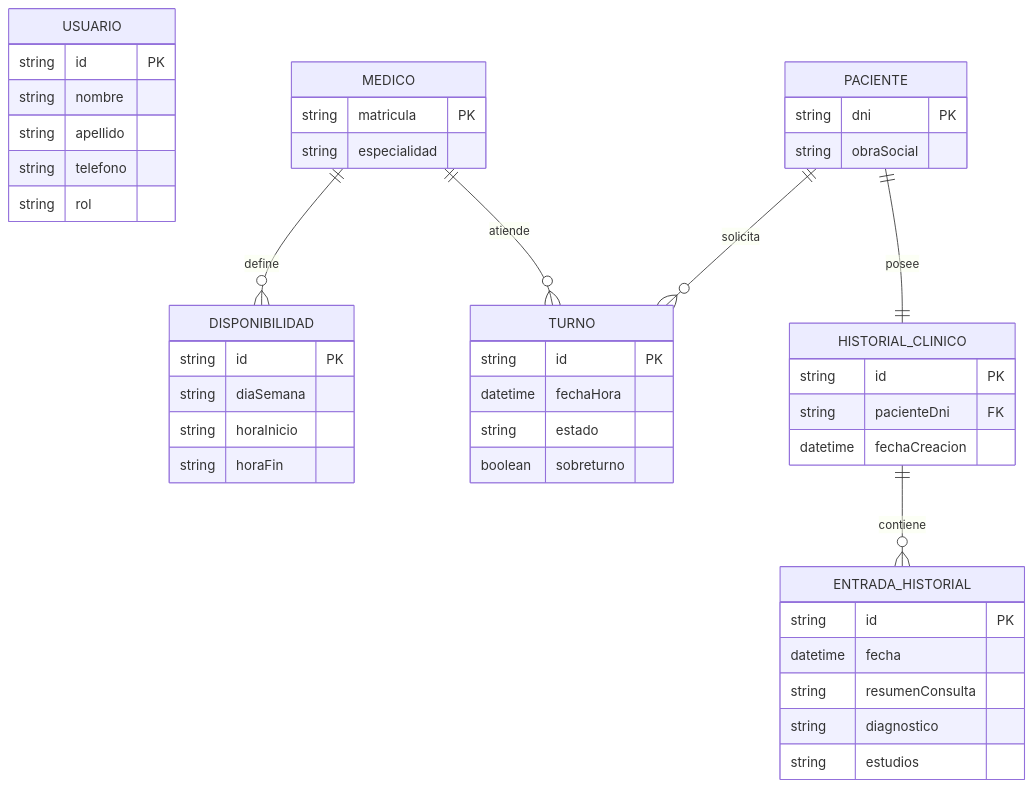
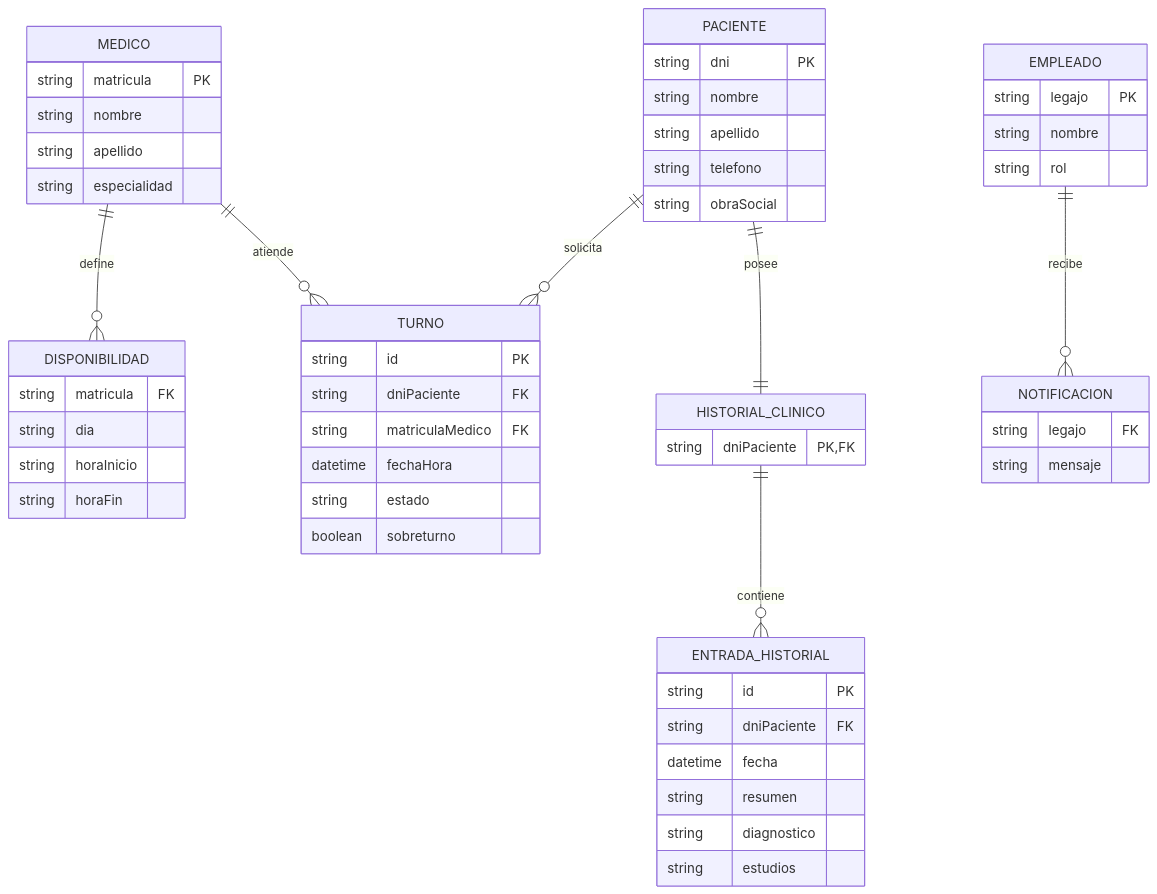
Before and after one commit to Camila-Ianni/HealthHub: the diagram in diagrams/entidad-relacion.mmd, drawn with Mermaid. The commit also changed 47 other files, not shown here.

```diff
--- a/diagrams/entidad-relacion.mmd
+++ b/diagrams/entidad-relacion.mmd
@@ -1,52 +1,63 @@
 erDiagram
-    USUARIO {
-        string id PK
+    %% Base de datos H2 embebida
+    EMPLEADO {
+        string legajo PK
         string nombre
-        string apellido
-        string telefono
         string rol
     }
 
     PACIENTE {
         string dni PK
+        string nombre
+        string apellido
+        string telefono
         string obraSocial
     }
 
     MEDICO {
         string matricula PK
+        string nombre
+        string apellido
         string especialidad
     }
 
     DISPONIBILIDAD {
-        string id PK
-        string diaSemana
+        string matricula FK
+        string dia
         string horaInicio
         string horaFin
     }
 
     TURNO {
         string id PK
+        string dniPaciente FK
+        string matriculaMedico FK
         datetime fechaHora
         string estado
         boolean sobreturno
     }
 
     HISTORIAL_CLINICO {
-        string id PK
-        string pacienteDni FK
-        datetime fechaCreacion
+        string dniPaciente PK, FK
     }
 
     ENTRADA_HISTORIAL {
         string id PK
+        string dniPaciente FK
         datetime fecha
-        string resumenConsulta
+        string resumen
         string diagnostico
         string estudios
+    }
+
+    NOTIFICACION {
+        string legajo FK
+        string mensaje
     }
 
     PACIENTE ||--|| HISTORIAL_CLINICO : posee
     HISTORIAL_CLINICO ||--o{ ENTRADA_HISTORIAL : contiene
     MEDICO ||--o{ DISPONIBILIDAD : define
     PACIENTE ||--o{ TURNO : solicita
     MEDICO ||--o{ TURNO : atiende
+    EMPLEADO ||--o{ NOTIFICACION : recibe
```
